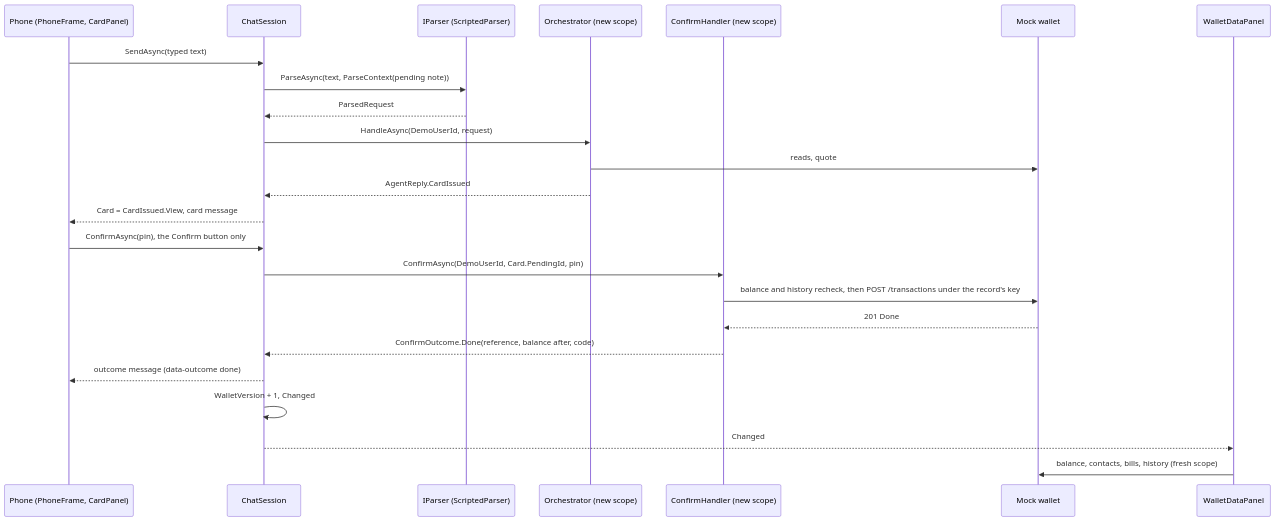
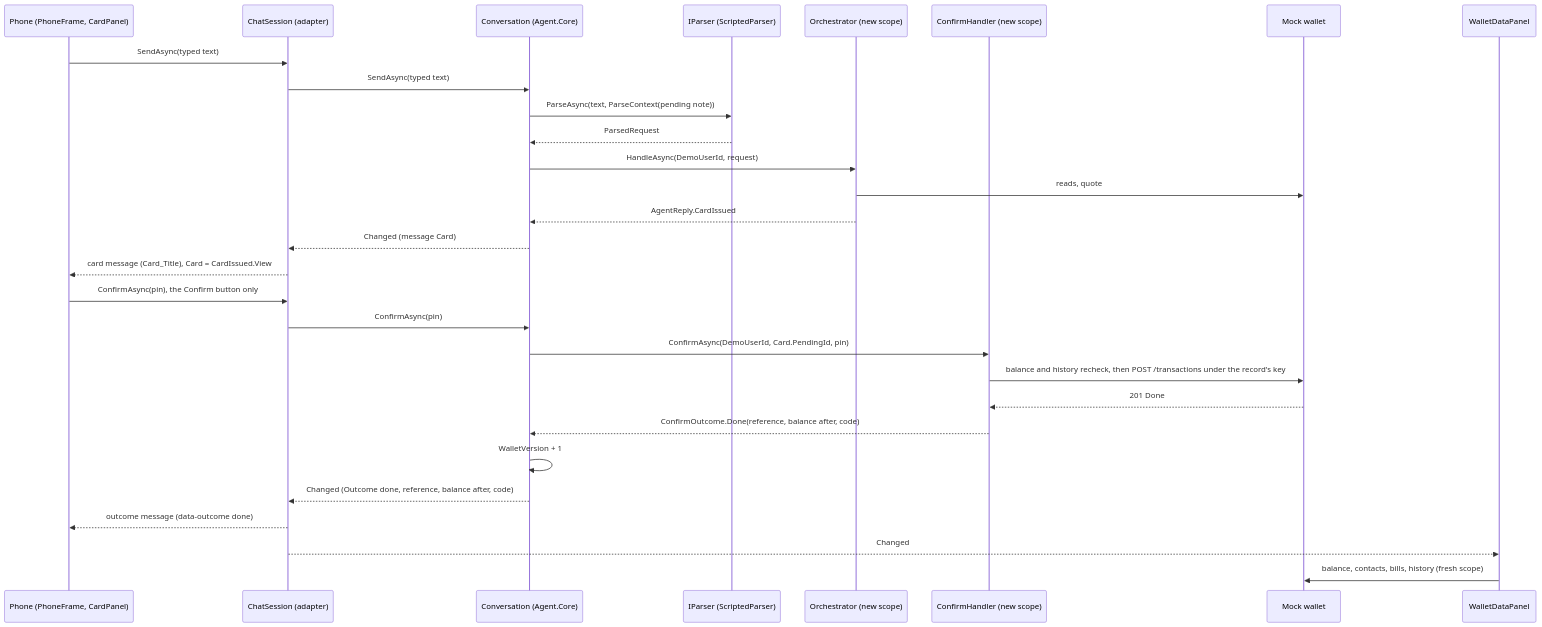
One commit to Khalil-Alhadidi/Naqoli changed the second of 2 diagrams in docs/agent-web.md. Above: the diagram before and after it, drawn with Mermaid. The commit also changed other lines of this file and 22 other files, not shown here.

First line of the commit message:
refactor(agent): conversation logic shared by the screen and the runner; learning-log rule

````diff
--- a/docs/agent-web.md
+++ b/docs/agent-web.md
@@ -70,27 +71,32 @@
 ```mermaid
 sequenceDiagram
     participant U as Phone (PhoneFrame, CardPanel)
-    participant S as ChatSession
+    participant S as ChatSession (adapter)
+    participant V as Conversation (Agent.Core)
     participant P as IParser (ScriptedParser)
     participant O as Orchestrator (new scope)
     participant C as ConfirmHandler (new scope)
     participant W as Mock wallet
     participant D as WalletDataPanel
 
     U->>S: SendAsync(typed text)
-    S->>P: ParseAsync(text, ParseContext(pending note))
-    P-->>S: ParsedRequest
-    S->>O: HandleAsync(DemoUserId, request)
+    S->>V: SendAsync(typed text)
+    V->>P: ParseAsync(text, ParseContext(pending note))
+    P-->>V: ParsedRequest
+    V->>O: HandleAsync(DemoUserId, request)
     O->>W: reads, quote
-    O-->>S: AgentReply.CardIssued
-    S-->>U: Card = CardIssued.View, card message
+    O-->>V: AgentReply.CardIssued
+    V-->>S: Changed (message Card)
+    S-->>U: card message (Card_Title), Card = CardIssued.View
     U->>S: ConfirmAsync(pin), the Confirm button only
-    S->>C: ConfirmAsync(DemoUserId, Card.PendingId, pin)
+    S->>V: ConfirmAsync(pin)
+    V->>C: ConfirmAsync(DemoUserId, Card.PendingId, pin)
     C->>W: balance and history recheck, then POST /transactions under the record's key
     W-->>C: 201 Done
-    C-->>S: ConfirmOutcome.Done(reference, balance after, code)
+    C-->>V: ConfirmOutcome.Done(reference, balance after, code)
+    V->>V: WalletVersion + 1
+    V-->>S: Changed (Outcome done, reference, balance after, code)
     S-->>U: outcome message (data-outcome done)
-    S->>S: WalletVersion + 1, Changed
     S-->>D: Changed
     D->>W: balance, contacts, bills, history (fresh scope)
 ```
````
